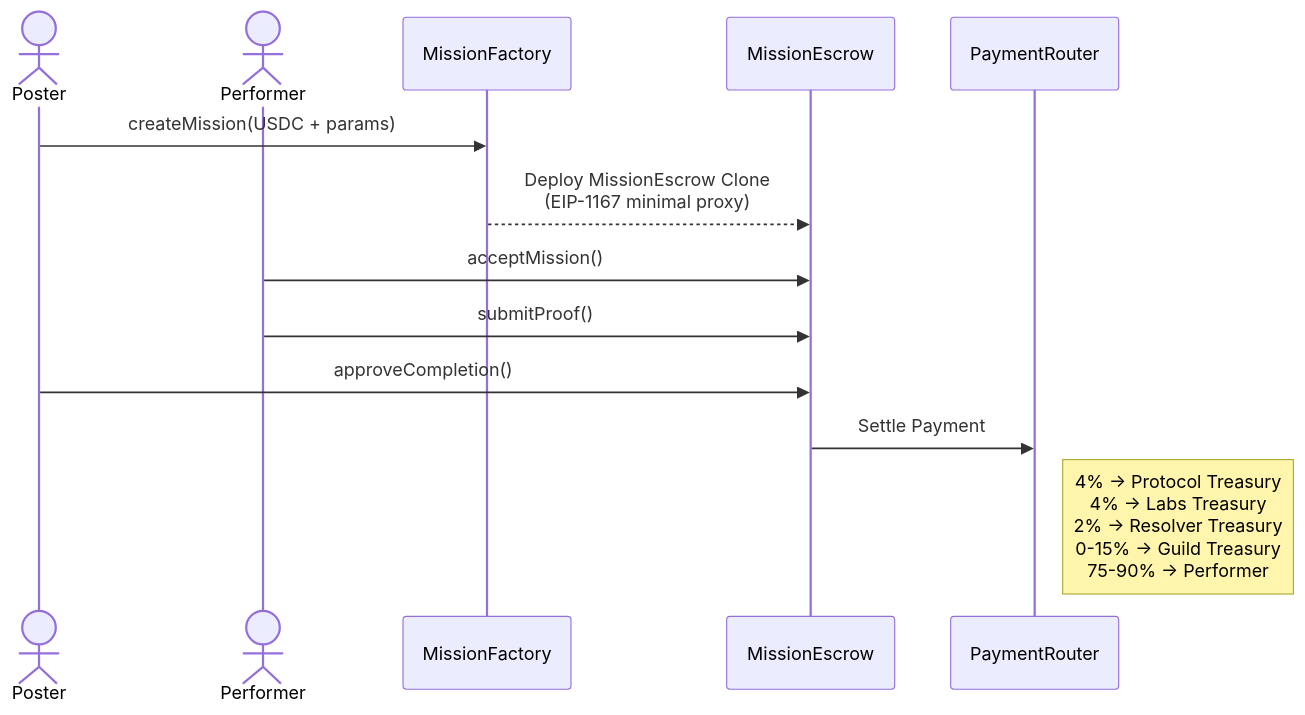
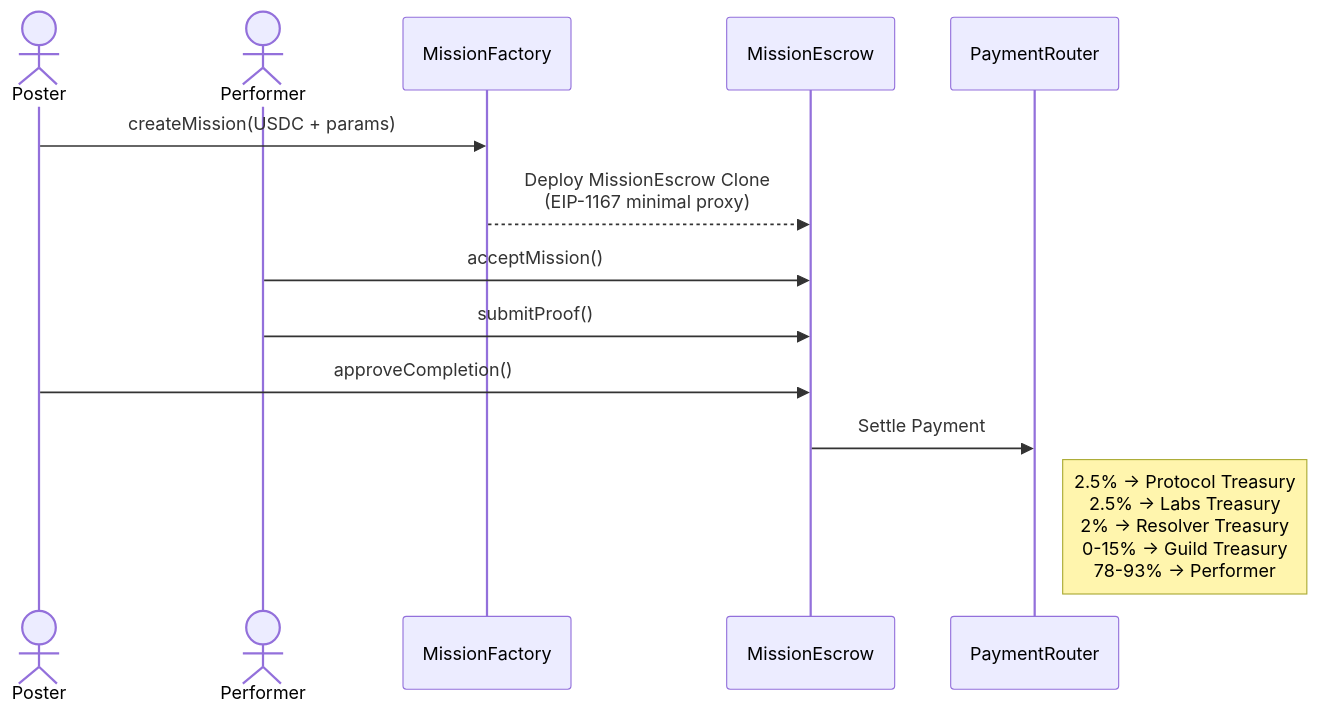
Before and after one commit to HrznLabs/horizon-contracts: the diagram in README.md, drawn with Mermaid. The commit also changed other lines of this file and 1 other file, not shown here.

First line of the commit message:
fix(docs): correct stale 4%/4% protocol/labs fees to actual 2.5%/2.5% (#137) (#138)

````diff
--- a/README.md
+++ b/README.md
@@ -71,20 +71,20 @@
 ```mermaid
 sequenceDiagram
     actor Poster
     actor Performer
     participant MF as MissionFactory
     participant ME as MissionEscrow
     participant PR as PaymentRouter
 
     Poster->>MF: createMission(USDC + params)
     MF-->>ME: Deploy MissionEscrow Clone<br/>(EIP-1167 minimal proxy)
 
     Performer->>ME: acceptMission()
     Performer->>ME: submitProof()
 
     Poster->>ME: approveCompletion()
 
     ME->>PR: Settle Payment
 
-    Note right of PR: 4% → Protocol Treasury<br/>4% → Labs Treasury<br/>2% → Resolver Treasury<br/>0-15% → Guild Treasury<br/>75-90% → Performer
+    Note right of PR: 2.5% → Protocol Treasury<br/>2.5% → Labs Treasury<br/>2% → Resolver Treasury<br/>0-15% → Guild Treasury<br/>78-93% → Performer
 ```
````
